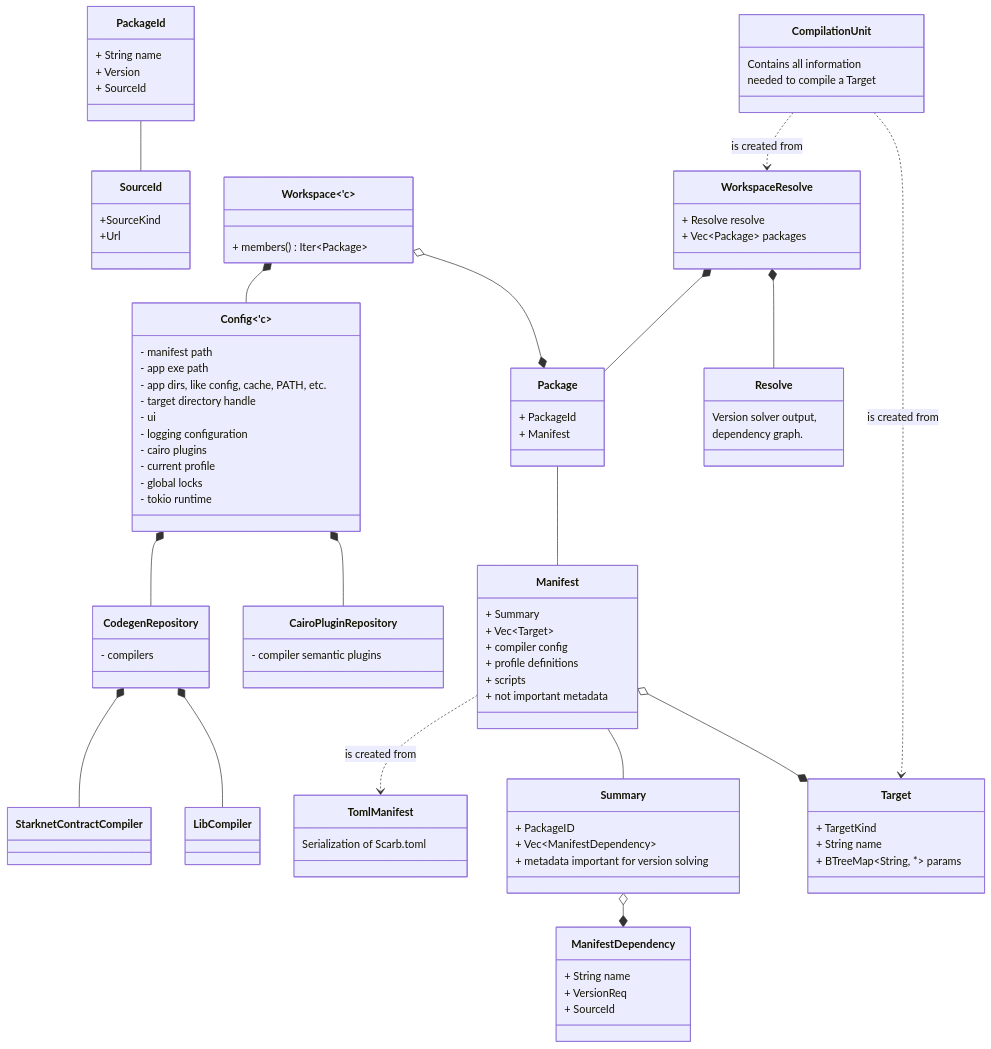
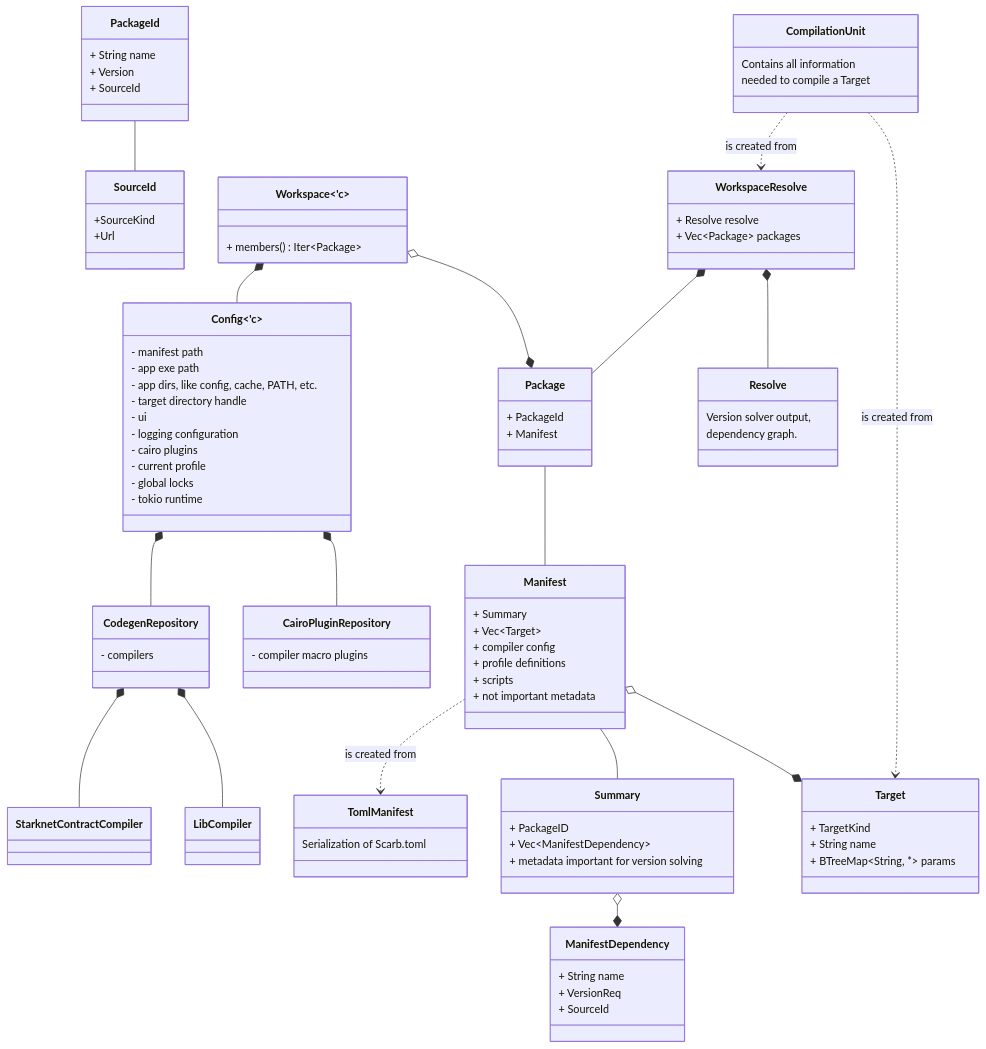
The second of 3 diagrams in ARCHITECTURE.md (software-mansion/scarb), drawn with Mermaid before and after one commit. The commit also changed other lines of this file and 9 other files, not shown here.

```diff
--- a/ARCHITECTURE.md
+++ b/ARCHITECTURE.md
@@ -74,7 +74,7 @@
         - compilers
     }
     class CairoPluginRepository {
-        - compiler semantic plugins
+        - compiler macro plugins
     }
     class StarknetContractCompiler {
     }
```
